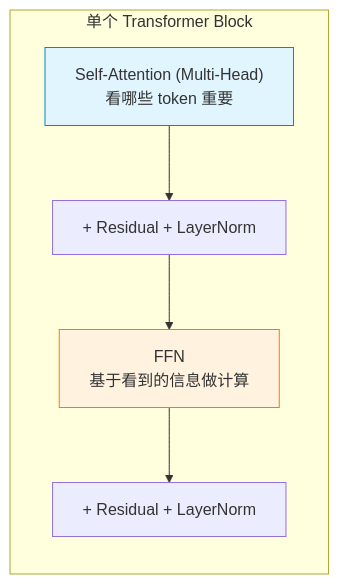
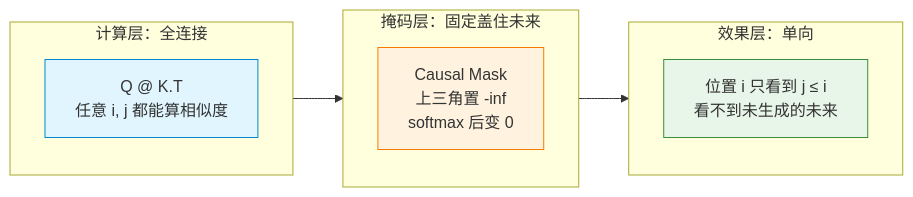
The third of 9 diagrams in docs/notes/agent-system-design/agent-thinking-transformer-from-prompt.md (xiaomingtx12/nice-ai-agent-study-resources), drawn with Mermaid before and after one commit. The commit also changed other lines of this file and 145 other files, not shown here.

````diff
--- a/docs/notes/agent-system-design/agent-thinking-transformer-from-prompt.md
+++ b/docs/notes/agent-system-design/agent-thinking-transformer-from-prompt.md
@@ -295,12 +273,20 @@
 ```mermaid
-flowchart TB
-    subgraph Block[单个 Transformer Block]
-        direction TB
-        SA["Self-Attention (Multi-Head)<br/>看哪些 token 重要"] --> LN1["+ Residual + LayerNorm"]
-        LN1 --> FFN["FFN<br/>基于看到的信息做计算"]
-        FFN --> LN2["+ Residual + LayerNorm"]
+flowchart LR
+    subgraph 计算层["计算层：全连接"]
+        C1["Q @ K.T<br/>任意 i, j 都能算相似度"]
     end
 
-    style SA fill:#e1f5fe,stroke:#0288d1
-    style FFN fill:#fff3e0,stroke:#f57c00
+    subgraph 掩码层["掩码层：固定盖住未来"]
+        M1["Causal Mask<br/>上三角置 -inf<br/>softmax 后变 0"]
+    end
+
+    subgraph 效果层["效果层：单向"]
+        E1["位置 i 只看到 j ≤ i<br/>看不到未生成的未来"]
+    end
+
+    计算层 --> 掩码层 --> 效果层
+
+    style C1 fill:#e1f5fe,stroke:#0288d1
+    style M1 fill:#fff3e0,stroke:#f57c00
+    style E1 fill:#e8f5e9,stroke:#388e3c
 ```
````
